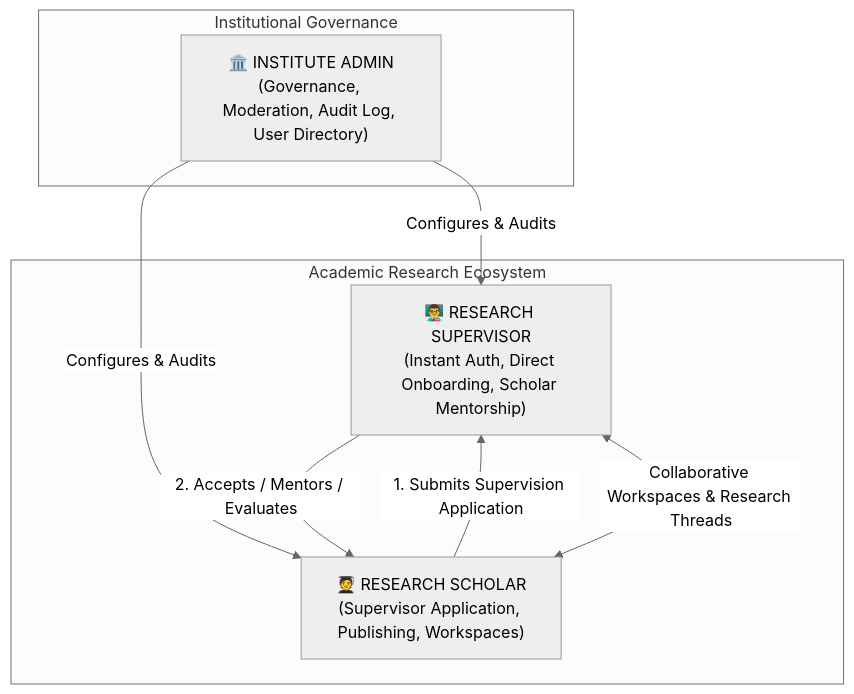
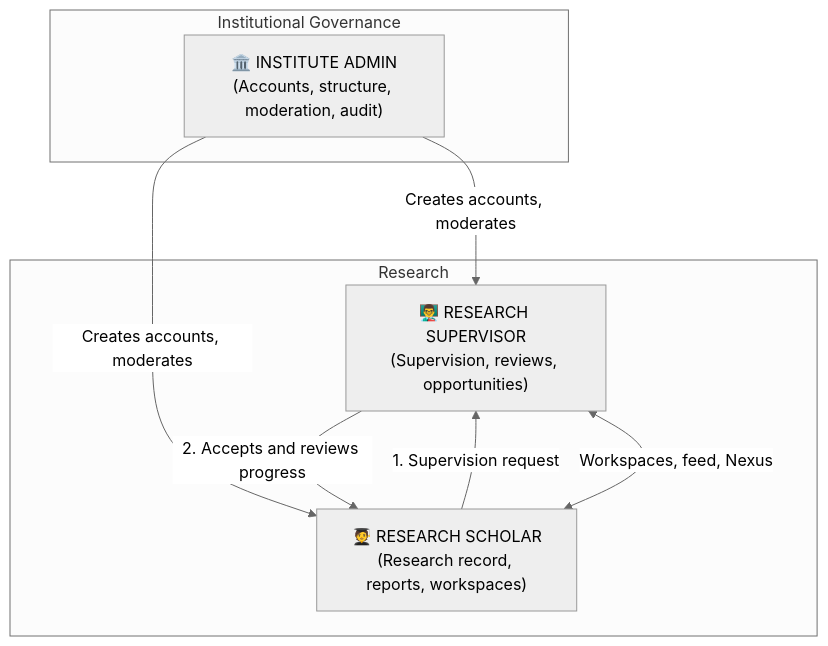
One commit to SRM-Curiousbees/Curiousbees changed the first of 2 diagrams in README.md. Above: the diagram before and after it, drawn with Mermaid (neutral theme). The commit also changed other lines of this file and 148 other files, not shown here.

````diff
--- a/README.md
+++ b/README.md
@@ -50,17 +51,17 @@
 ```mermaid
 flowchart TD
     subgraph Governance [" Institutional Governance "]
-        Admin["🏛️ INSTITUTE ADMIN<br/>(Governance, Moderation, Audit Log, User Directory)"]
+        Admin["🏛️ INSTITUTE ADMIN<br/>(Accounts, structure, moderation, audit)"]
     end
 
-    subgraph ResearchEcosystem [" Academic Research Ecosystem "]
-        Supervisor["👨‍🏫 RESEARCH SUPERVISOR<br/>(Instant Auth, Direct Onboarding, Scholar Mentorship)"]
-        Scholar["🧑‍🎓 RESEARCH SCHOLAR<br/>(Supervisor Application, Publishing, Workspaces)"]
+    subgraph ResearchEcosystem [" Research "]
+        Supervisor["👨‍🏫 RESEARCH SUPERVISOR<br/>(Supervision, reviews, opportunities)"]
+        Scholar["🧑‍🎓 RESEARCH SCHOLAR<br/>(Research record, reports, workspaces)"]
     end
 
-    Admin -->|"Configures & Audits"| Supervisor
-    Admin -->|"Configures & Audits"| Scholar
-    Scholar -->|"1. Submits Supervision Application"| Supervisor
-    Supervisor -->|"2. Accepts / Mentors / Evaluates"| Scholar
-    Scholar <-->|"Collaborative Workspaces & Research Threads"| Supervisor
+    Admin -->|"Creates accounts, moderates"| Supervisor
+    Admin -->|"Creates accounts, moderates"| Scholar
+    Scholar -->|"1. Supervision request"| Supervisor
+    Supervisor -->|"2. Accepts and reviews progress"| Scholar
+    Scholar <-->|"Workspaces, feed, Nexus"| Supervisor
 ```
````
